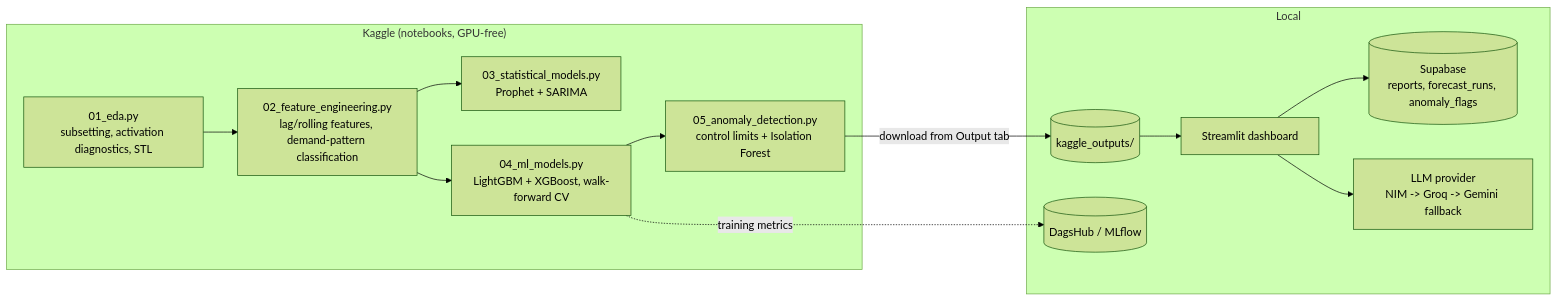
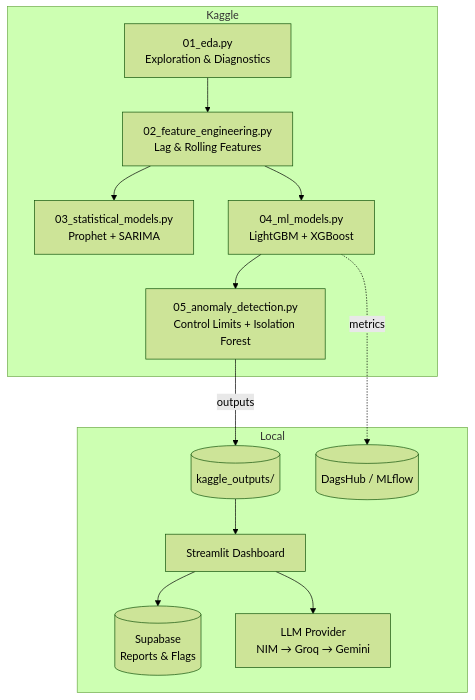
The diagram in README.md (abhinavharbola/retailcast), drawn with Mermaid (forest theme) before and after one commit.

````diff
--- a/README.md
+++ b/README.md
@@ -20,16 +20,18 @@
 ```mermaid
-flowchart LR
-    subgraph Kaggle["Kaggle (notebooks, GPU-free)"]
-        A["01_eda.py<br/>subsetting, activation diagnostics, STL"] --> B["02_feature_engineering.py<br/>lag/rolling features, demand-pattern classification"]
+flowchart TB
+    subgraph Kaggle["Kaggle"]
+        A["01_eda.py<br/>Exploration & Diagnostics"] --> B["02_feature_engineering.py<br/>Lag & Rolling Features"]
         B --> C["03_statistical_models.py<br/>Prophet + SARIMA"]
-        B --> D["04_ml_models.py<br/>LightGBM + XGBoost, walk-forward CV"]
-        D --> E["05_anomaly_detection.py<br/>control limits + Isolation Forest"]
+        B --> D["04_ml_models.py<br/>LightGBM + XGBoost"]
+        D --> E["05_anomaly_detection.py<br/>Control Limits + Isolation Forest"]
     end
-    E -->|download from Output tab| F[("kaggle_outputs/")]
+
+    E -->|"outputs"| F[("kaggle_outputs/")]
+
     subgraph Local["Local"]
-        F --> G["Streamlit dashboard"]
-        G --> H[("Supabase<br/>reports, forecast_runs, anomaly_flags")]
-        G --> I["LLM provider<br/>NIM -> Groq -> Gemini fallback"]
-        D -. training metrics .-> J[("DagsHub / MLflow")]
+        F --> G["Streamlit Dashboard"]
+        G --> H[("Supabase<br/>Reports & Flags")]
+        G --> I["LLM Provider<br/>NIM → Groq → Gemini"]
+        D -.->|"metrics"| J[("DagsHub / MLflow")]
     end
 ```
````
